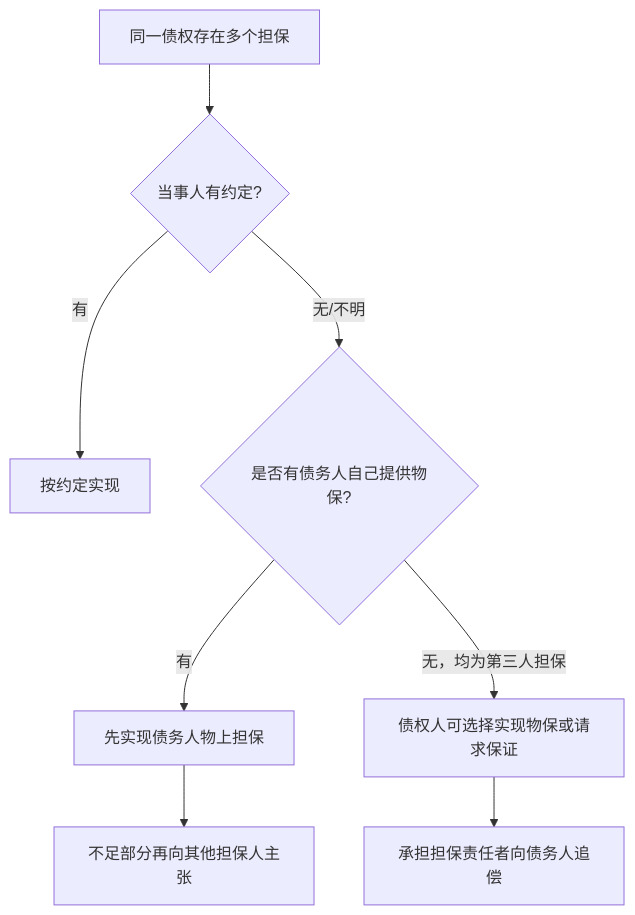
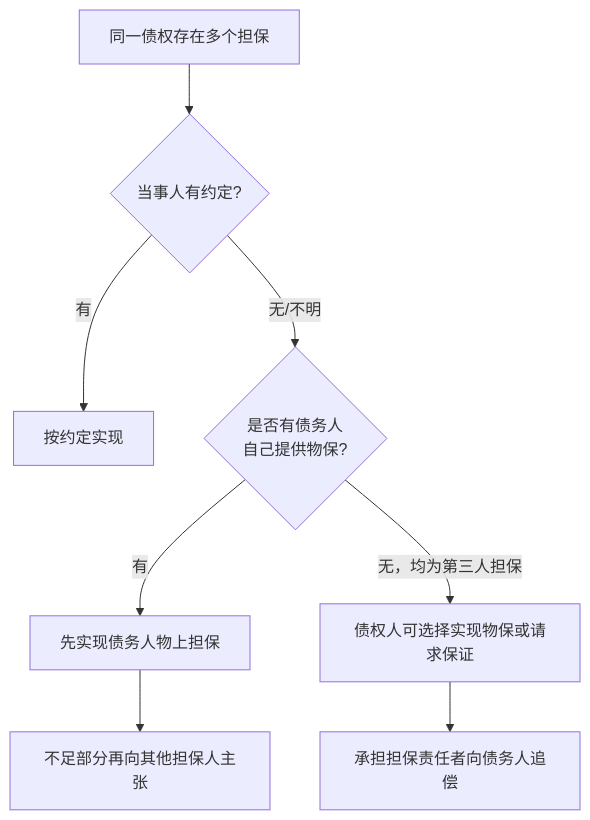
Before and after one commit to chilly-chilli/ChillyChilli: the second of 3 diagrams in content/法学/民商法/民法/物权/VII 担保物权.md, drawn with Mermaid. The commit also changed other lines of this file and 11 other files, not shown here.

````diff
--- a/content/法学/民商法/民法/物权/VII 担保物权.md
+++ b/content/法学/民商法/民法/物权/VII 担保物权.md
@@ -124,10 +125,10 @@
 ```mermaid
 flowchart TD
     A["同一债权存在多个担保"] --> B{"当事人有约定?"}
     B -- "有" --> C["按约定实现"]
-    B -- "无/不明" --> D{"是否有债务人自己提供物保?"}
+    B -- "无/不明" --> D{"是否有债务人<br>自己提供物保?"}
     D -- "有" --> E["先实现债务人物上担保"]
     D -- "无，均为第三人担保" --> F["债权人可选择实现物保或请求保证"]
     E --> G["不足部分再向其他担保人主张"]
     F --> H["承担担保责任者向债务人追偿"]
 ```
````
